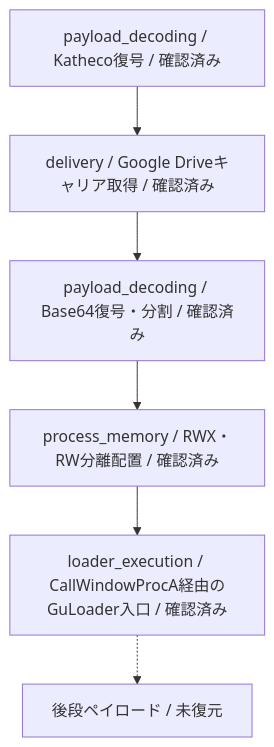
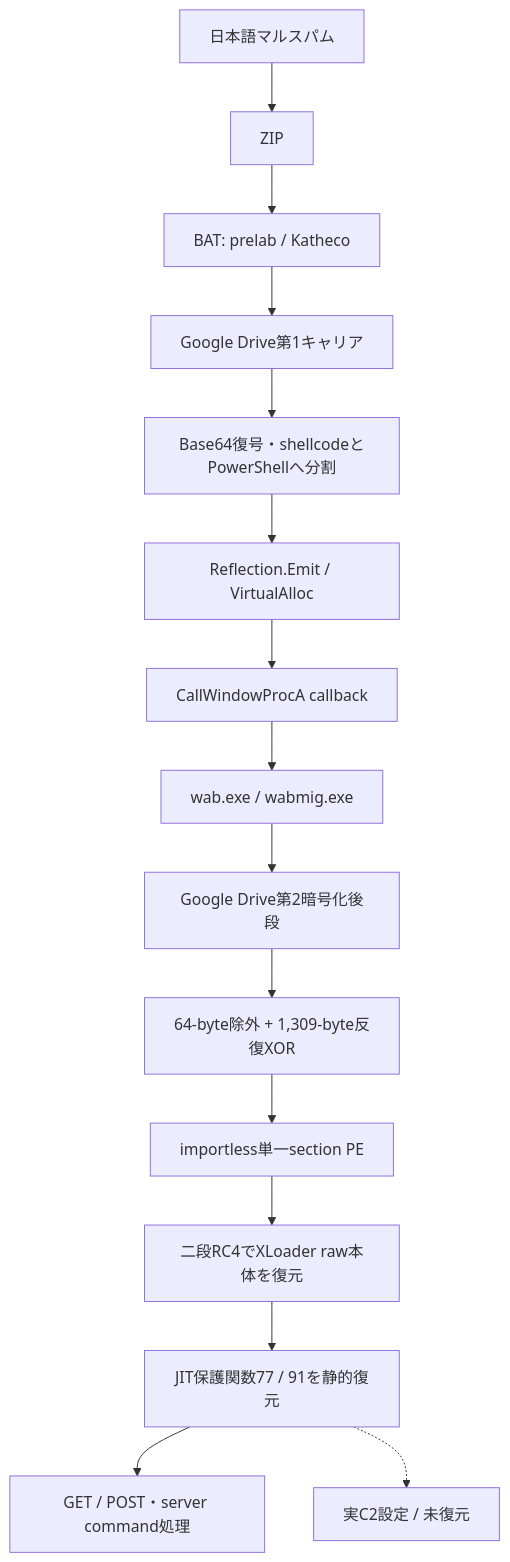
One commit to proshiba/AI-security-analysis changed the first of 3 diagrams in analysis-results/malware/guloader/versions/unknown/cases/8d96249aa92bee27d9ac8ffa8e32e3f8dd3a5c77cbe541b1d0cc97f37e962a1e/OVERALL-LOGIC.md. Above: the diagram before and after it, drawn with Mermaid. The commit also changed other lines of this file and 58 other files, not shown here.

````diff
--- a/analysis-results/malware/guloader/versions/unknown/cases/8d96249aa92bee27d9ac8ffa8e32e3f8dd3a5c77cbe541b1d0cc97f37e962a1e/OVERALL-LOGIC.md
+++ b/analysis-results/malware/guloader/versions/unknown/cases/8d96249aa92bee27d9ac8ffa8e32e3f8dd3a5c77cbe541b1d0cc97f37e962a1e/OVERALL-LOGIC.md
@@ -9,8 +5,17 @@
 ```mermaid
 flowchart TD
-    exec_decode["payload_decoding / Katheco復号 / 確認済み"] --> exec_delivery["delivery / Google Driveキャリア取得 / 確認済み"]
-    exec_delivery --> exec_split["payload_decoding / Base64復号・分割 / 確認済み"]
-    exec_split --> exec_memory["process_memory / RWX・RW分離配置 / 確認済み"]
-    exec_memory --> exec_loader["loader_execution / CallWindowProcA経由のGuLoader入口 / 確認済み"]
-    exec_loader -.-> unknown_terminal["後段ペイロード / 未復元"]
+    mail["日本語マルスパム"] --> zip["ZIP"]
+    zip --> bat["BAT: prelab / Katheco"]
+    bat --> carrier["Google Drive第1キャリア"]
+    carrier --> split["Base64復号・shellcodeとPowerShellへ分割"]
+    split --> loader["Reflection.Emit / VirtualAlloc"]
+    loader --> callback["CallWindowProcA callback"]
+    callback --> host["wab.exe / wabmig.exe"]
+    host --> second["Google Drive第2暗号化後段"]
+    second --> protected["64-byte除外 + 1,309-byte反復XOR"]
+    protected --> pe["importless単一section PE"]
+    pe --> inner["二段RC4でXLoader raw本体を復元"]
+    inner --> jit["JIT保護関数77 / 91を静的復元"]
+    jit --> net["GET / POST・server command処理"]
+    jit -.-> config["実C2設定 / 未復元"]
 ```
````
